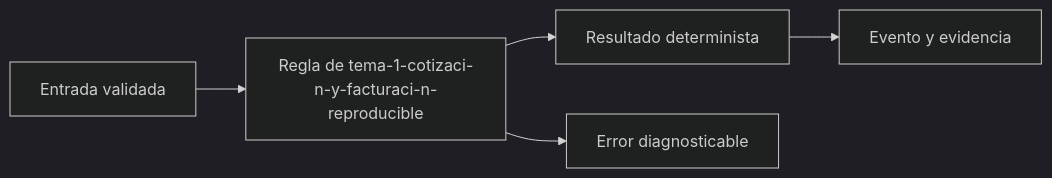
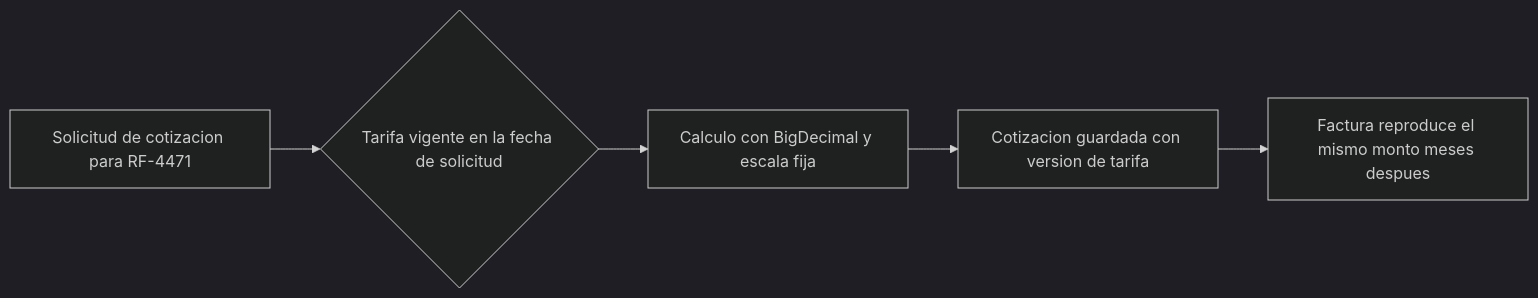
One commit to NICORUIZ93/Academia_Floci changed the second of 6 diagrams in web/public/content/rutaflow/modulo-6.md. Above: the diagram before and after it, drawn with Mermaid (dark theme). The commit also changed other lines of this file and 56 other files, not shown here.

````diff
--- a/web/public/content/rutaflow/modulo-6.md
+++ b/web/public/content/rutaflow/modulo-6.md
@@ -44,7 +46,7 @@
 ```mermaid
 flowchart LR
-  A[Entrada validada] --> B[Regla de tema-1-cotizaci-n-y-facturaci-n-reproducible]
-  B --> C[Resultado determinista]
-  C --> D[Evento y evidencia]
-  B --> E[Error diagnosticable]
+  A[Solicitud de cotizacion para RF-4471] --> B{Tarifa vigente en la fecha de solicitud}
+  B --> C[Calculo con BigDecimal y escala fija]
+  C --> D[Cotizacion guardada con version de tarifa]
+  D --> E[Factura reproduce el mismo monto meses despues]
 ```
````
